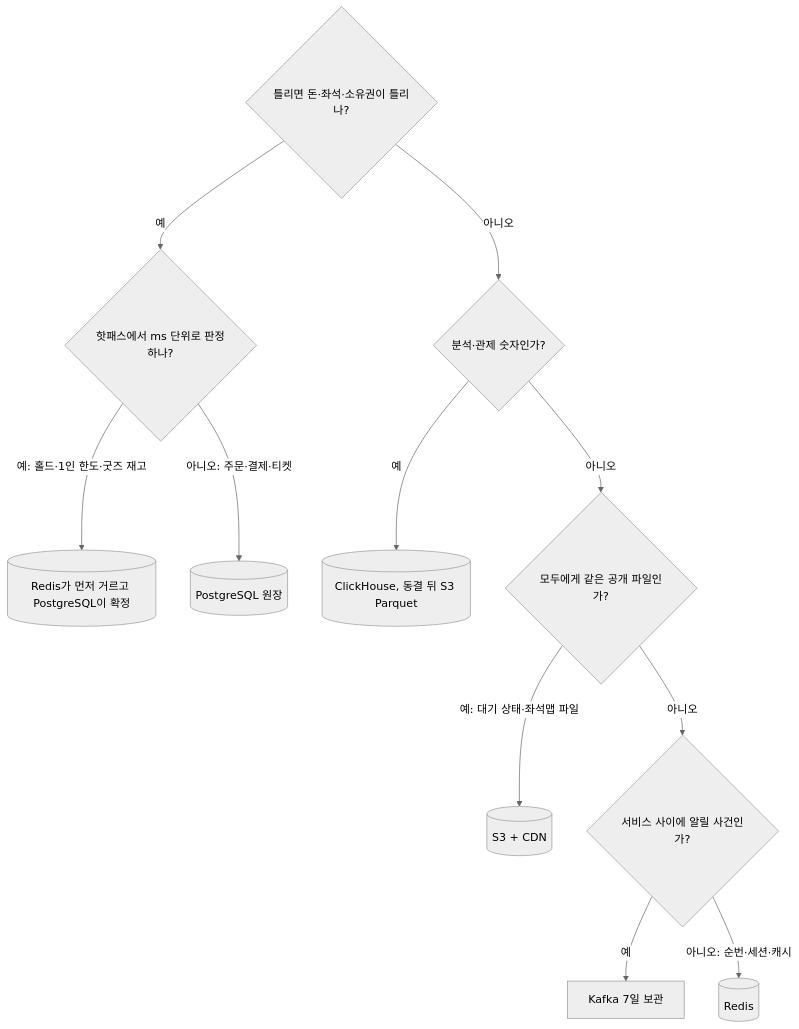
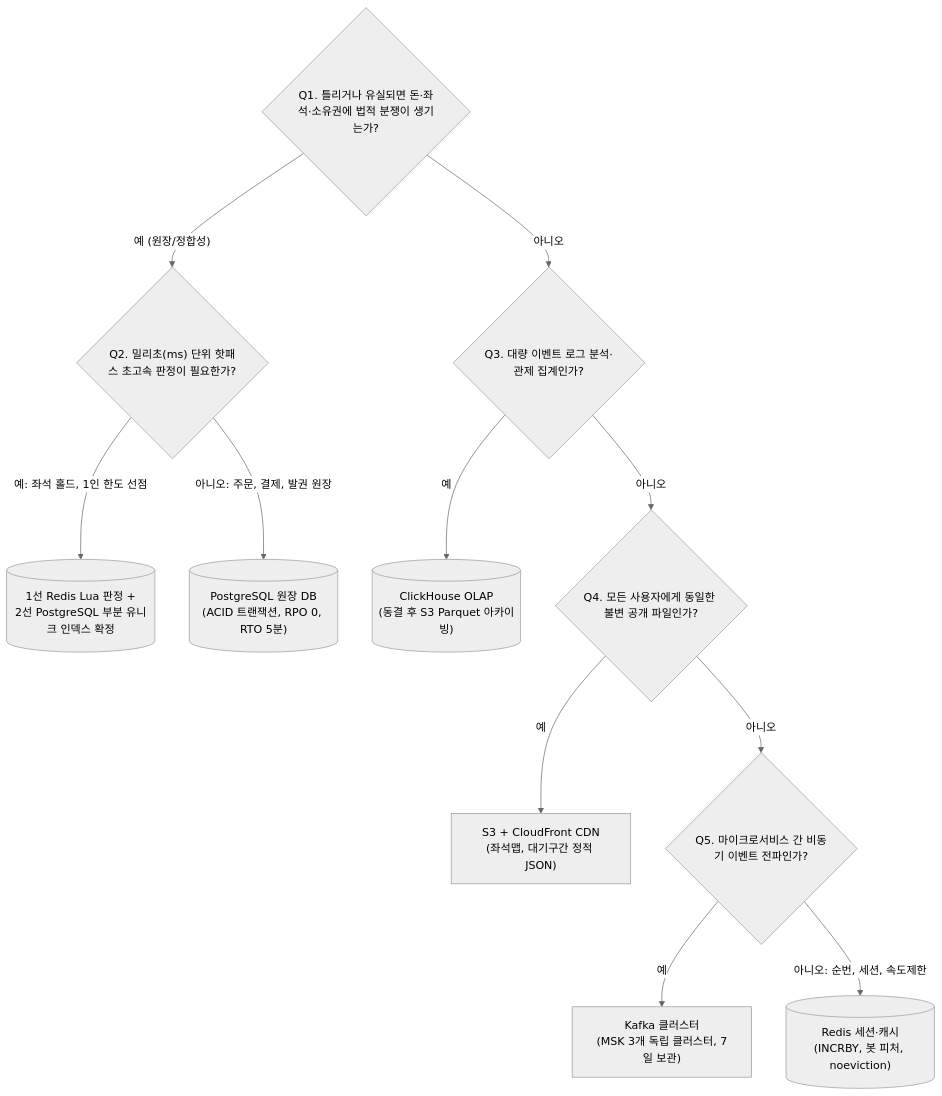
Before and after one commit to peaket/peaket: the first of 2 diagrams in docs/walkthrough/db/02-choose-stores.md, drawn with Mermaid (neutral theme). The commit also changed other lines of this file and 77 other files, not shown here.

````diff
--- a/docs/walkthrough/db/02-choose-stores.md
+++ b/docs/walkthrough/db/02-choose-stores.md
@@ -42,24 +43,27 @@
 ```mermaid
 flowchart TD
-    q1{"틀리면 돈·좌석·소유권이 틀리나?"}
-    q2{"핫패스에서 ms 단위로 판정하나?"}
-    q3{"분석·관제 숫자인가?"}
-    q4{"모두에게 같은 공개 파일인가?"}
-    q5{"서비스 사이에 알릴 사건인가?"}
-    two[("Redis가 먼저 거르고 PostgreSQL이 확정")]
-    pg[("PostgreSQL 원장")]
-    ch[("ClickHouse, 동결 뒤 S3 Parquet")]
-    s3[("S3 + CDN")]
-    kafka["Kafka 7일 보관"]
-    redis[("Redis")]
-    q1 -->|"예"| q2
-    q2 -->|"예: 홀드·1인 한도·굿즈 재고"| two
-    q2 -->|"아니오: 주문·결제·티켓"| pg
-    q1 -->|"아니오"| q3
-    q3 -->|"예"| ch
-    q3 -->|"아니오"| q4
-    q4 -->|"예: 대기 상태·좌석맵 파일"| s3
-    q4 -->|"아니오"| q5
-    q5 -->|"예"| kafka
-    q5 -->|"아니오: 순번·세션·캐시"| redis
+    Q1{"Q1. 틀리거나 유실되면 돈·좌석·소유권에 법적 분쟁이 생기는가?"}
+    Q2{"Q2. 밀리초(ms) 단위 핫패스 초고속 판정이 필요한가?"}
+    Q3{"Q3. 대량 이벤트 로그 분석·관제 집계인가?"}
+    Q4{"Q4. 모든 사용자에게 동일한 불변 공개 파일인가?"}
+    Q5{"Q5. 마이크로서비스 간 비동기 이벤트 전파인가?"}
+
+    ST_TWO[("1선 Redis Lua 판정 +<br/>2선 PostgreSQL 부분 유니크 인덱스 확정")]
+    ST_PG[("PostgreSQL 원장 DB<br/>(ACID 트랜잭션, RPO 0, RTO 5분)")]
+    ST_CH[("ClickHouse OLAP<br/>(동결 후 S3 Parquet 아카이빙)")]
+    ST_S3["S3 + CloudFront CDN<br/>(좌석맵, 대기구간 정적 JSON)"]
+    ST_KF["Kafka 클러스터<br/>(MSK 3개 독립 클러스터, 7일 보관)"]
+    ST_RD[("Redis 세션·캐시<br/>(INCRBY, 봇 피처, noeviction)")]
+
+    Q1 -->|"예 (원장/정합성)"| Q2
+    Q2 -->|"예: 좌석 홀드, 1인 한도 선점"| ST_TWO
+    Q2 -->|"아니오: 주문, 결제, 발권 원장"| ST_PG
+
+    Q1 -->|"아니오"| Q3
+    Q3 -->|"예"| ST_CH
+    Q3 -->|"아니오"| Q4
+    Q4 -->|"예"| ST_S3
+    Q4 -->|"아니오"| Q5
+    Q5 -->|"예"| ST_KF
+    Q5 -->|"아니오: 순번, 세션, 속도제한"| ST_RD
 ```
````
